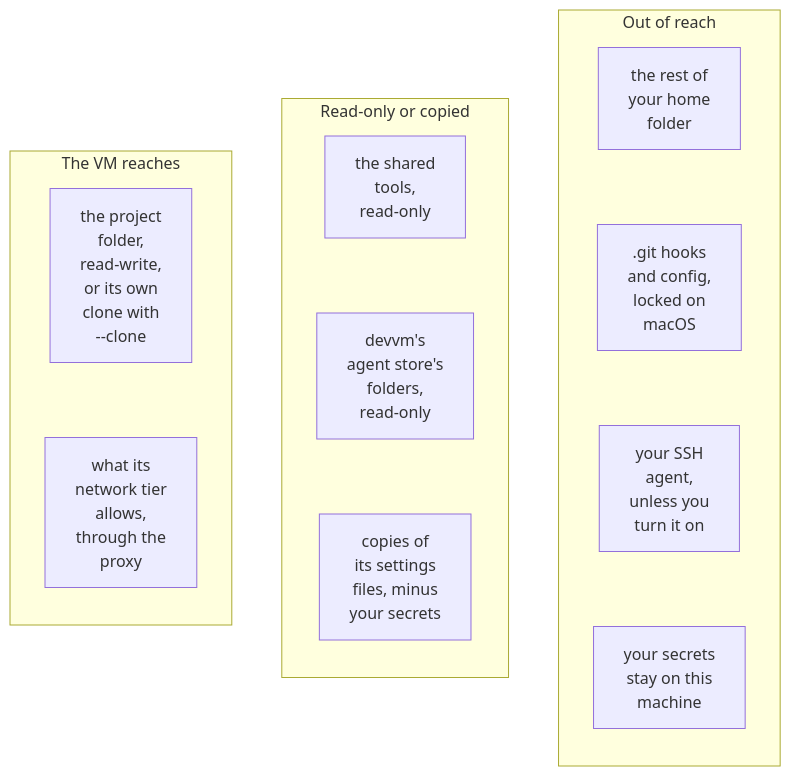
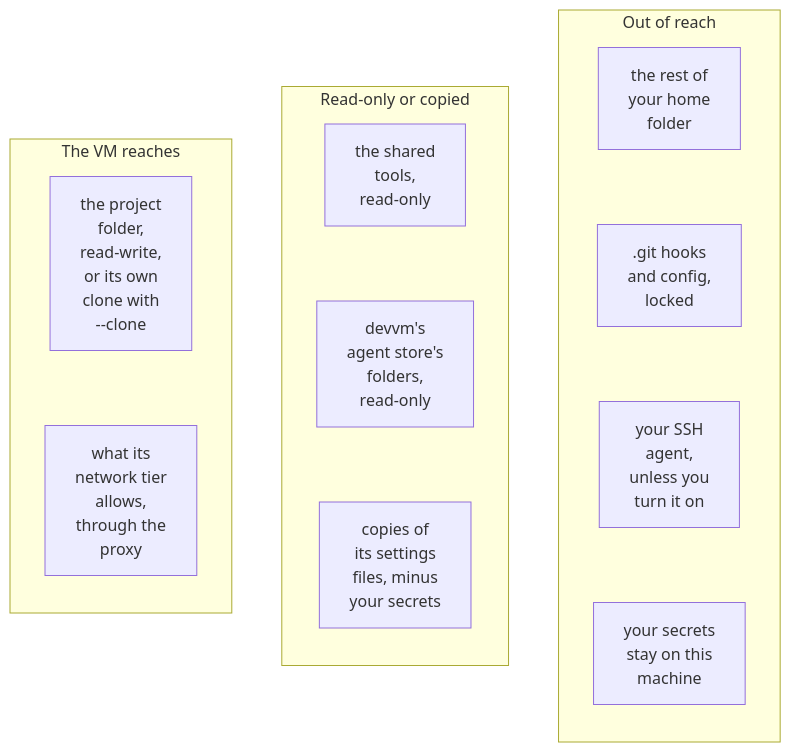
Before and after one commit to DustyPolk/devvm: the diagram in docs/content/docs/safety/_index.md, drawn with Mermaid. The commit also changed other lines of this file and 14 other files, not shown here.

````diff
--- a/docs/content/docs/safety/_index.md
+++ b/docs/content/docs/safety/_index.md
@@ -25,31 +25,31 @@
 ```mermaid
 ---
 config:
   flowchart:
     minNodeWidth: 0
 ---
 flowchart TB
   %% Narrower nodes than other diagrams' and labels of at most 12 characters a line, so three
   %% columns fit the page. Mermaid lays the columns out from right to left, so the last one comes first.
   subgraph out["Out of reach"]
     direction TB
     home["the rest of<br>your home<br>folder"]
-    git[".git hooks<br>and config,<br>locked on<br>macOS"]
+    git[".git hooks<br>and config,<br>locked"]
     agent["your SSH<br>agent,<br>unless you<br>turn it on"]
     secrets["your secrets<br>stay on this<br>machine"]
     home ~~~ git ~~~ agent ~~~ secrets
   end
   subgraph copied["Read-only or copied"]
     direction TB
     tools["the shared<br>tools,<br>read-only"]
     folders["devvm's<br>agent store's<br>folders,<br>read-only"]
     files["copies of<br>its settings<br>files, minus<br>your secrets"]
     tools ~~~ folders ~~~ files
   end
   subgraph reach["The VM reaches"]
     direction TB
     folder["the project<br>folder,<br>read-write,<br>or its own<br>clone with<br>--clone"]
     hosts["what its<br>network tier<br>allows,<br>through the<br>proxy"]
     folder ~~~ hosts
   end
 ```
````
